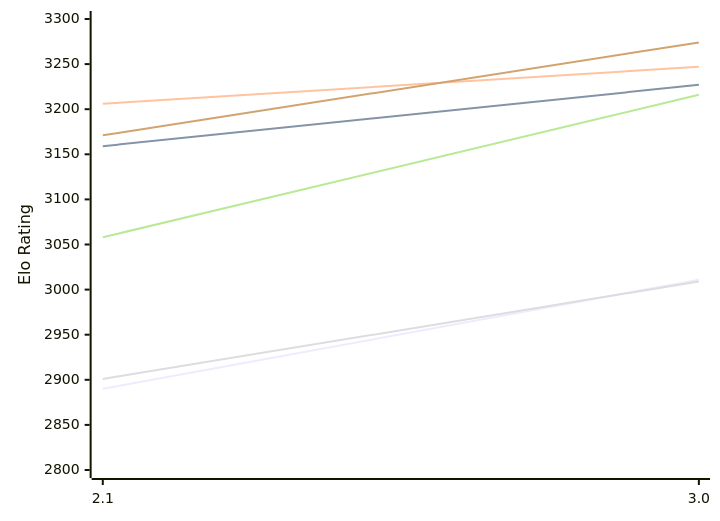
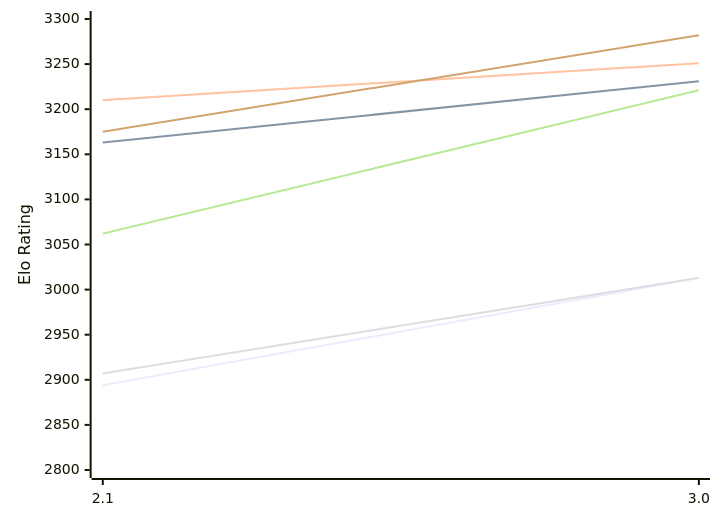
One commit to computer-chess-index/cci changed the first of 2 diagrams in engines/Quirky.md. Above: the diagram before and after it, drawn with Mermaid. The commit also changed other lines of this file, not shown here.

Commit message:
Update CCI Ratings (ELO VLTC) - 2026-11-20

````diff
--- a/engines/Quirky.md
+++ b/engines/Quirky.md
@@ -50,12 +50,12 @@
 ```mermaid
 %%{init: {"theme":"base","themeVariables":{"seriesColors:['#a3a3a3','#222221','#faa371']}}}%%
 xychart-beta
   x-axis ["2.1", "3.0"]
   y-axis "Elo Rating" 2800 --> 3300
-  line "E1: STC (8.0+0.08s)" [2890, 3011]
-  line "E1: LTC (60.0+0.60s)" [3159, 3227]
-  line "E1: VLTC (2m24s+1.12s)" [3206, 3247]
-  line "P1: STC (8.0+0.08s)" [2901, 3009]
-  line "P1: LTC (60.0+0.60s)" [3058, 3216]
-  line "P1: VLTC (2m24s+1.12s)" [3171, 3274]
+  line "E1: STC (8.0+0.08s)" [2894, 3013]
+  line "E1: LTC (60.0+0.60s)" [3163, 3231]
+  line "E1: VLTC (2m24s+1.12s)" [3210, 3251]
+  line "P1: STC (8.0+0.08s)" [2907, 3013]
+  line "P1: LTC (60.0+0.60s)" [3062, 3221]
+  line "P1: VLTC (2m24s+1.12s)" [3175, 3282]
 ```
````
